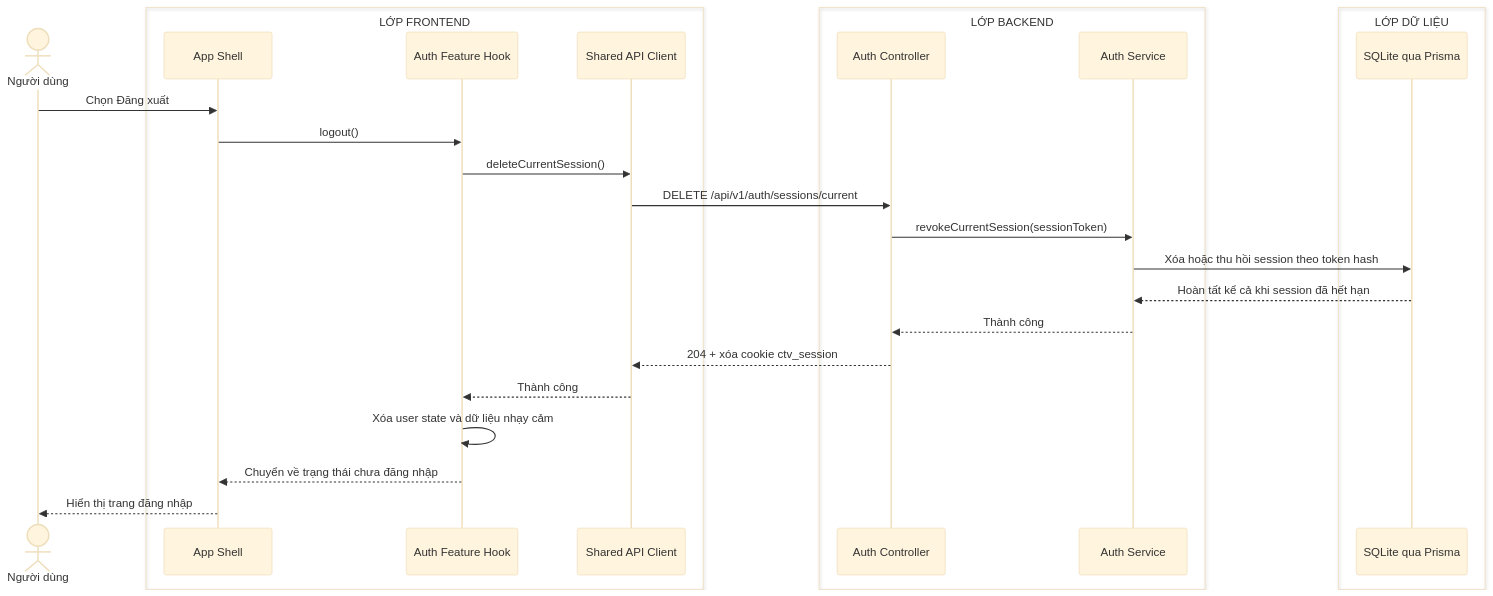
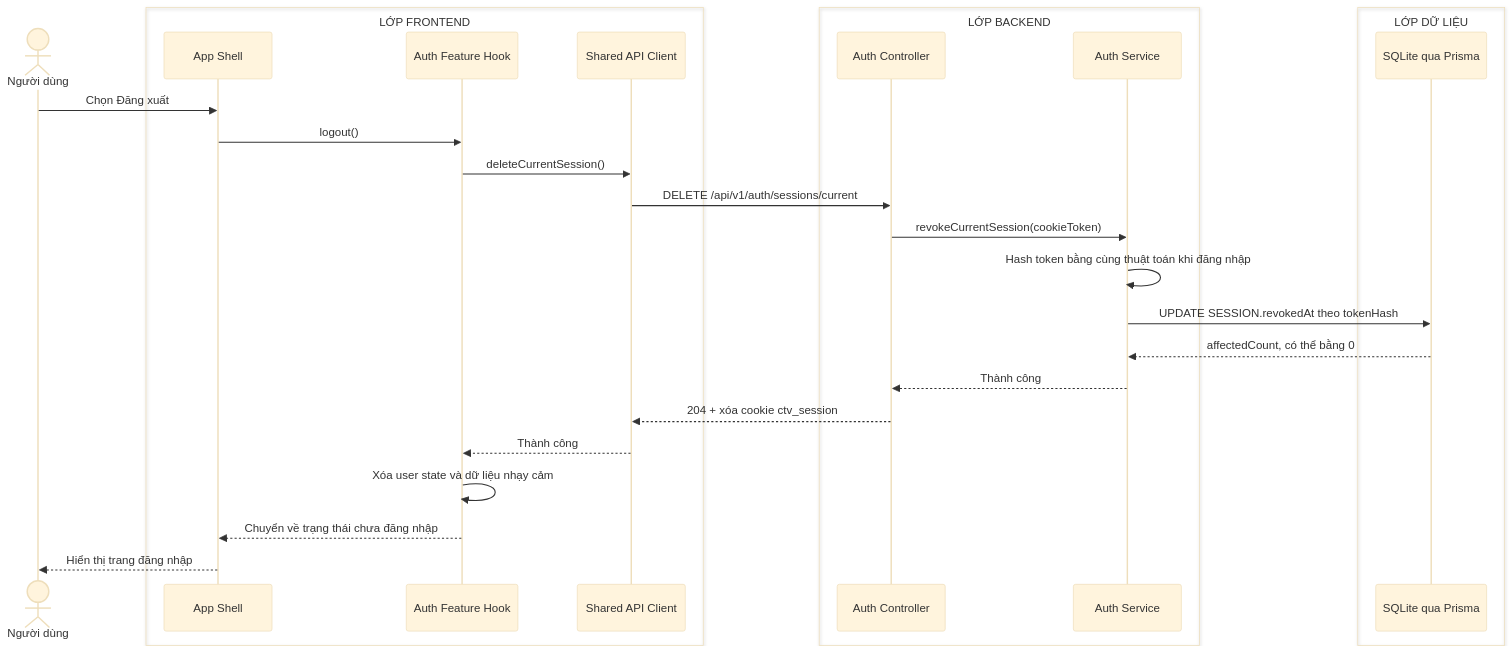
Before and after one commit to MINHDZVODICH/ctv-manage: the diagram in docs/sequence-diagrams/08-dang-xuat.md, drawn with Mermaid (base theme). The commit also changed other lines of this file and 227 other files, not shown here.

````diff
--- a/docs/sequence-diagrams/08-dang-xuat.md
+++ b/docs/sequence-diagrams/08-dang-xuat.md
@@ -5,30 +5,31 @@
 ```mermaid
 sequenceDiagram
     actor U as Người dùng
     box LỚP FRONTEND
         participant UI as App Shell
         participant H as Auth Feature Hook
         participant API as Shared API Client
     end
     box LỚP BACKEND
         participant C as Auth Controller
         participant S as Auth Service
     end
     box LỚP DỮ LIỆU
         participant DB as SQLite qua Prisma
     end
 
     U->>UI: Chọn Đăng xuất
     UI->>H: logout()
     H->>API: deleteCurrentSession()
     API->>C: DELETE /api/v1/auth/sessions/current
-    C->>S: revokeCurrentSession(sessionToken)
-    S->>DB: Xóa hoặc thu hồi session theo token hash
-    DB-->>S: Hoàn tất kể cả khi session đã hết hạn
+    C->>S: revokeCurrentSession(cookieToken)
+    S->>S: Hash token bằng cùng thuật toán khi đăng nhập
+    S->>DB: UPDATE SESSION.revokedAt theo tokenHash
+    DB-->>S: affectedCount, có thể bằng 0
     S-->>C: Thành công
     C-->>API: 204 + xóa cookie ctv_session
     API-->>H: Thành công
     H->>H: Xóa user state và dữ liệu nhạy cảm
     H-->>UI: Chuyển về trạng thái chưa đăng nhập
     UI-->>U: Hiển thị trang đăng nhập
 ```
````
